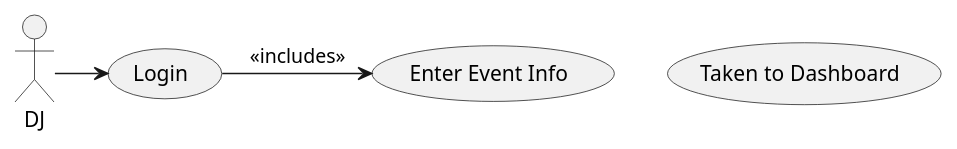
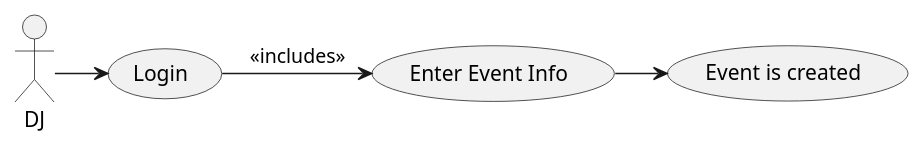
The diagram in docs/UseCases/CreateEvent/CreateEvent.puml (jakeharding/jukebox-dj), drawn with PlantUML before and after one commit. The commit also changed 1 other file, not shown here.

Commit message:
Create Event Use case.

```diff
--- a/docs/UseCases/CreateEvent/CreateEvent.puml
+++ b/docs/UseCases/CreateEvent/CreateEvent.puml
@@ -1,12 +1,13 @@
 @startuml
 :DJ: as DJ
 (Login) as L
 (Enter Event Info) as INFO
-(Taken to Dashboard) as DASH
+(Event is created) as EVENT
 
 DJ -> L
 
 L -> INFO: <<includes>>
 
+INFO -> EVENT
 
 @enduml
```
